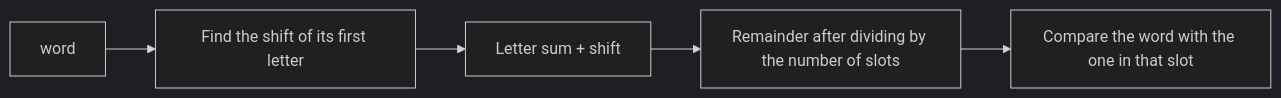
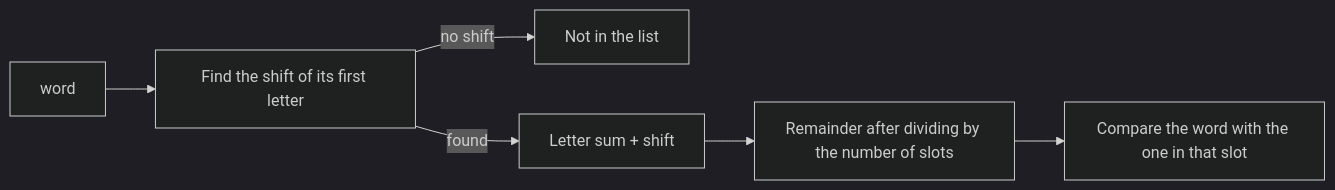
One commit to dimchansky/dlx changed the second of 2 diagrams in examples/perfecthash/README.md. Above: the diagram before and after it, drawn with Mermaid (dark theme). The commit also changed other lines of this file and 4 other files, not shown here.

````diff
--- a/examples/perfecthash/README.md
+++ b/examples/perfecthash/README.md
@@ -99,7 +101,8 @@
 ```mermaid
 flowchart LR
     W["word"] --> L["Find the shift of its first letter"]
-    L --> S["Letter sum + shift"]
+    L -- "no shift" --> N["Not in the list"]
+    L -- "found" --> S["Letter sum + shift"]
     S --> R["Remainder after dividing by the number of slots"]
     R --> C["Compare the word with the one in that slot"]
 ```
````
